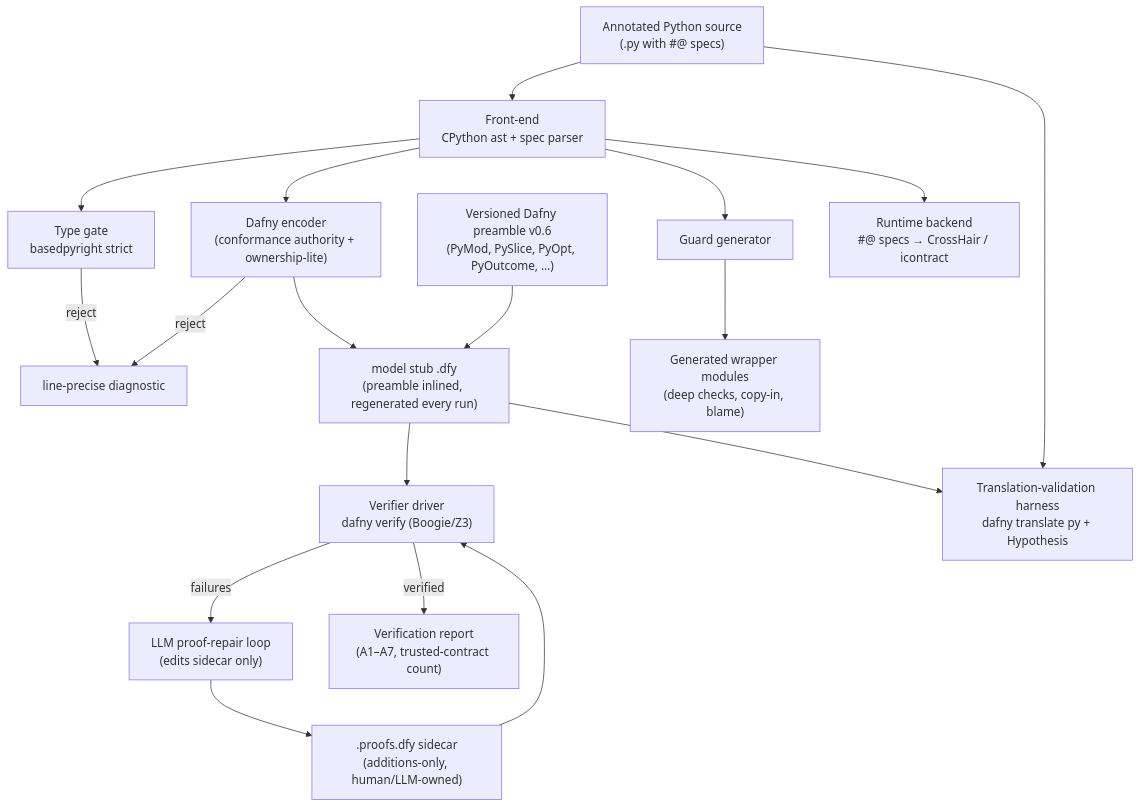
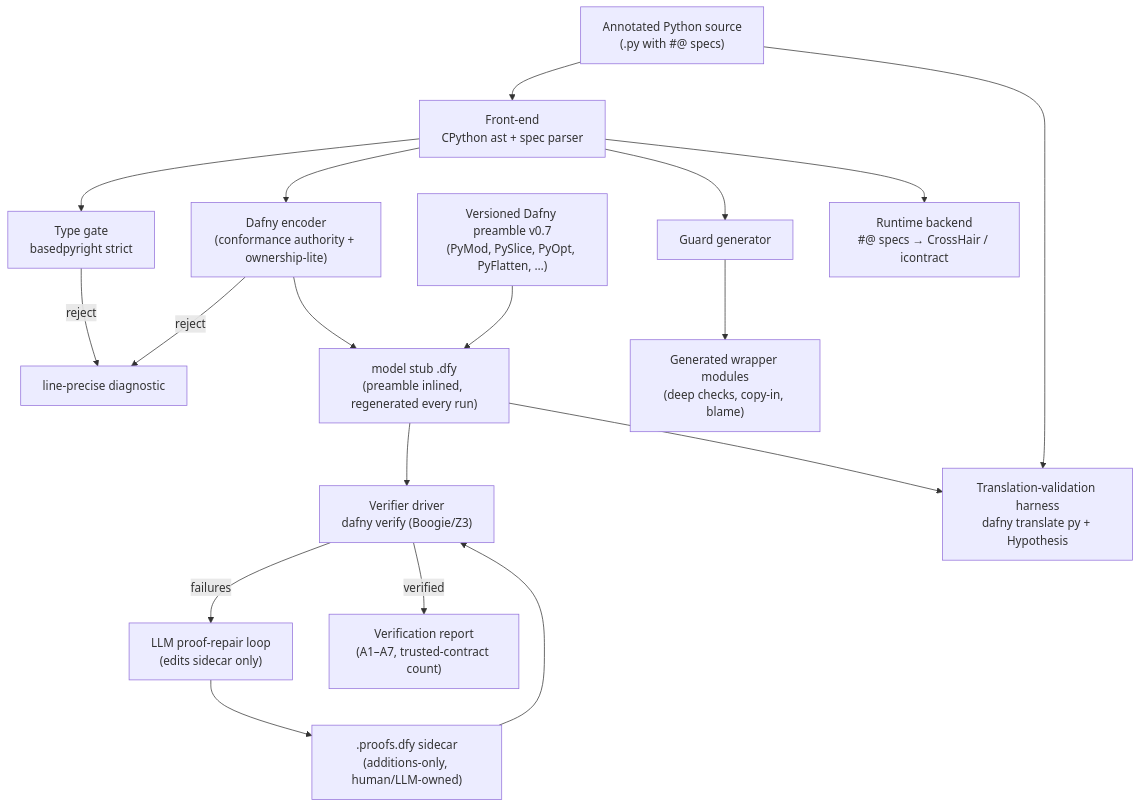
Before and after one commit to astrio-labs/veripy: the diagram in docs/ARCHITECTURE.md, drawn with Mermaid. The commit also changed other lines of this file and 9 other files, not shown here.

````diff
--- a/docs/ARCHITECTURE.md
+++ b/docs/ARCHITECTURE.md
@@ -11,20 +11,20 @@
 ```mermaid
 flowchart TD
     SRC["Annotated Python source<br/>(.py with #@ specs)"] --> PARSE["Front-end<br/>CPython ast + spec parser"]
     PARSE --> GATE["Type gate<br/>basedpyright strict"]
     GATE -- reject --> DIAG["line-precise diagnostic"]
     PARSE --> ENC["Dafny encoder<br/>(conformance authority + ownership-lite)"]
     ENC -- reject --> DIAG
     ENC --> STUB["model stub .dfy<br/>(preamble inlined, regenerated every run)"]
     SIDE["<stem>.proofs.dfy sidecar<br/>(additions-only, human/LLM-owned)"] --> VERIFY
-    PRE["Versioned Dafny preamble v0.6<br/>(PyMod, PySlice, PyOpt, PyOutcome, …)"] --> STUB
+    PRE["Versioned Dafny preamble v0.7<br/>(PyMod, PySlice, PyOpt, PyFlatten, …)"] --> STUB
     STUB --> VERIFY["Verifier driver<br/>dafny verify (Boogie/Z3)"]
     VERIFY -- failures --> AGENT["LLM proof-repair loop<br/>(edits sidecar only)"]
     AGENT --> SIDE
     VERIFY -- verified --> REPORT["Verification report<br/>(A1–A7, trusted-contract count)"]
     PARSE --> GUARD["Guard generator"]
     GUARD --> WRAP["Generated wrapper modules<br/>(deep checks, copy-in, blame)"]
     STUB --> DT["Translation-validation harness<br/>dafny translate py + Hypothesis"]
     SRC --> DT
     PARSE --> M0["Runtime backend<br/>#@ specs → CrossHair / icontract"]
 ```
````
